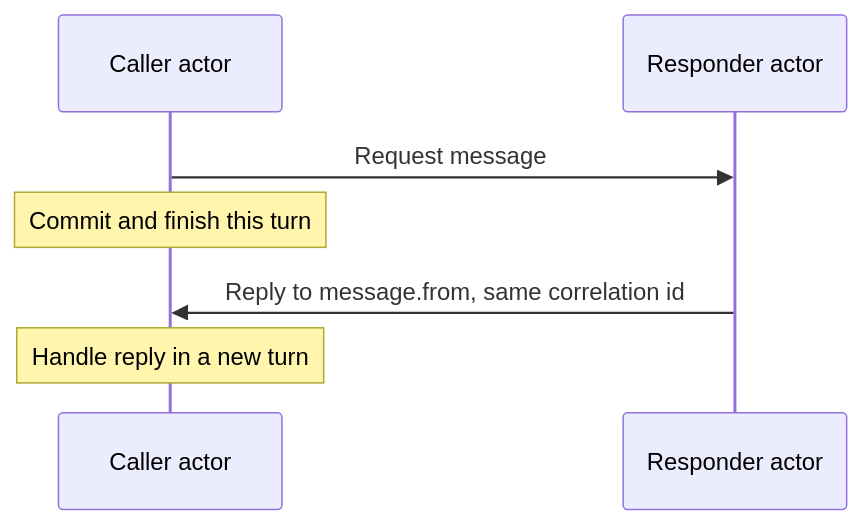
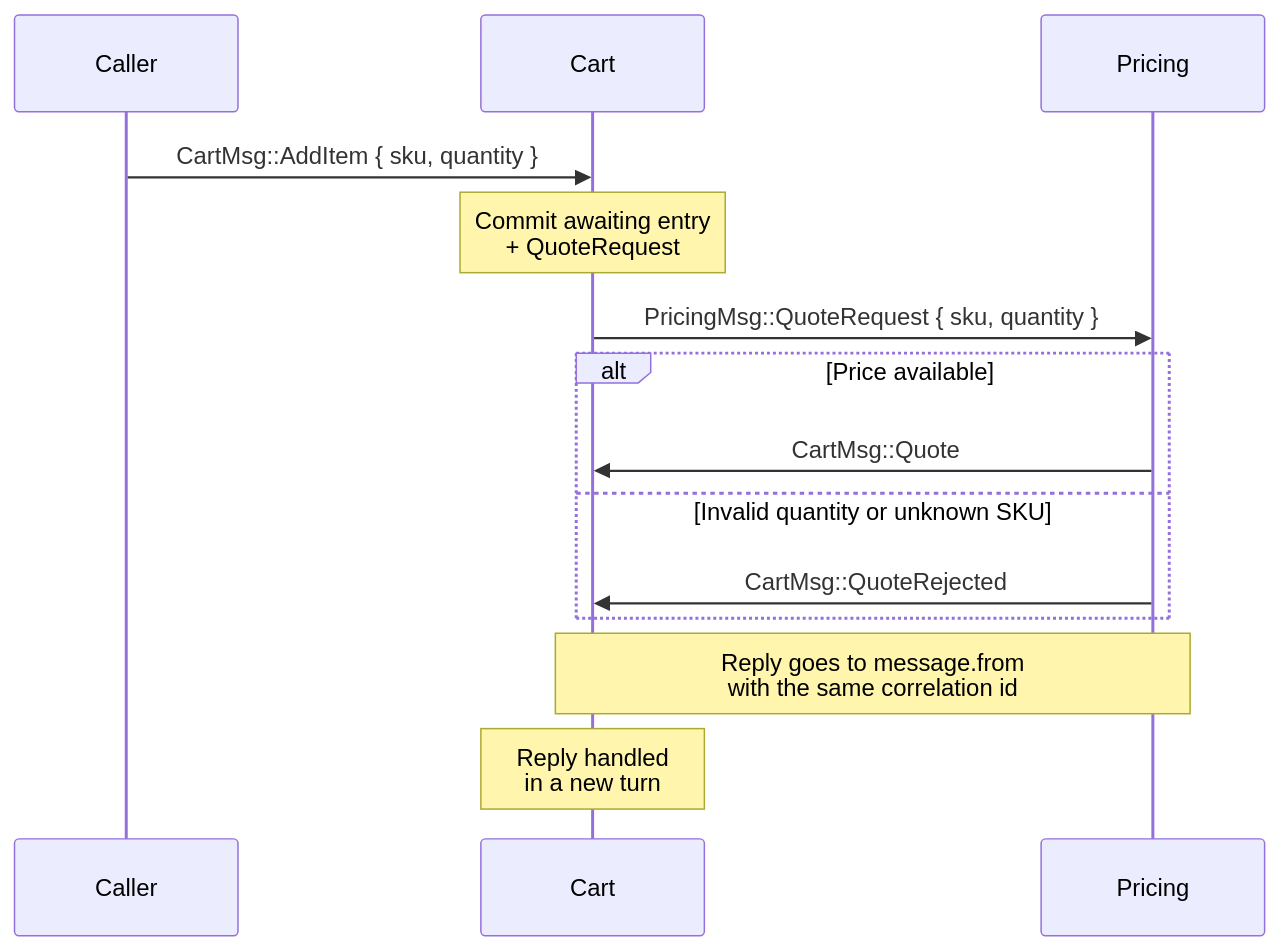
The third of 4 diagrams in docs/guide/patterns.md (helico-tech/cicada.rs), drawn with Mermaid before and after one commit. The commit also changed other lines of this file and 2 other files, not shown here.

Commit message:
docs: name messages on every actor diagram

````diff
--- a/docs/guide/patterns.md
+++ b/docs/guide/patterns.md
@@ -55,9 +70,16 @@
 ```mermaid
 sequenceDiagram
-    participant C as Caller actor
-    participant R as Responder actor
-    C->>R: Request message
-    Note over C: Commit and finish this turn
-    R->>C: Reply to message.from, same correlation id
-    Note over C: Handle reply in a new turn
+    participant U as Caller
+    participant C as Cart
+    participant P as Pricing
+    U->>C: CartMsg::AddItem { sku, quantity }
+    Note over C: Commit awaiting entry<br/>+ QuoteRequest
+    C->>P: PricingMsg::QuoteRequest { sku, quantity }
+    alt Price available
+        P->>C: CartMsg::Quote
+    else Invalid quantity or unknown SKU
+        P->>C: CartMsg::QuoteRejected
+    end
+    Note over C,P: Reply goes to message.from<br/>with the same correlation id
+    Note over C: Reply handled<br/>in a new turn
 ```
````
